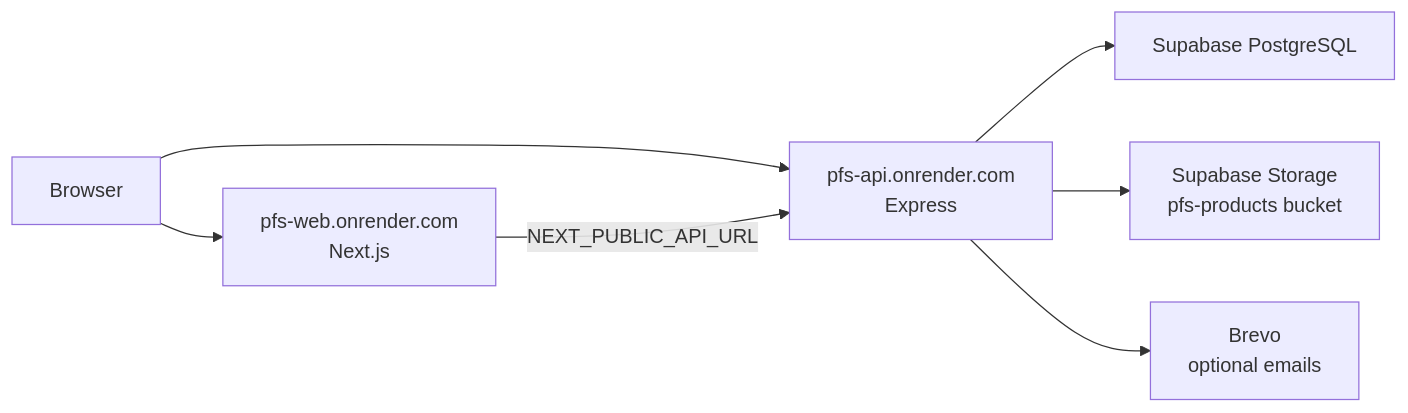
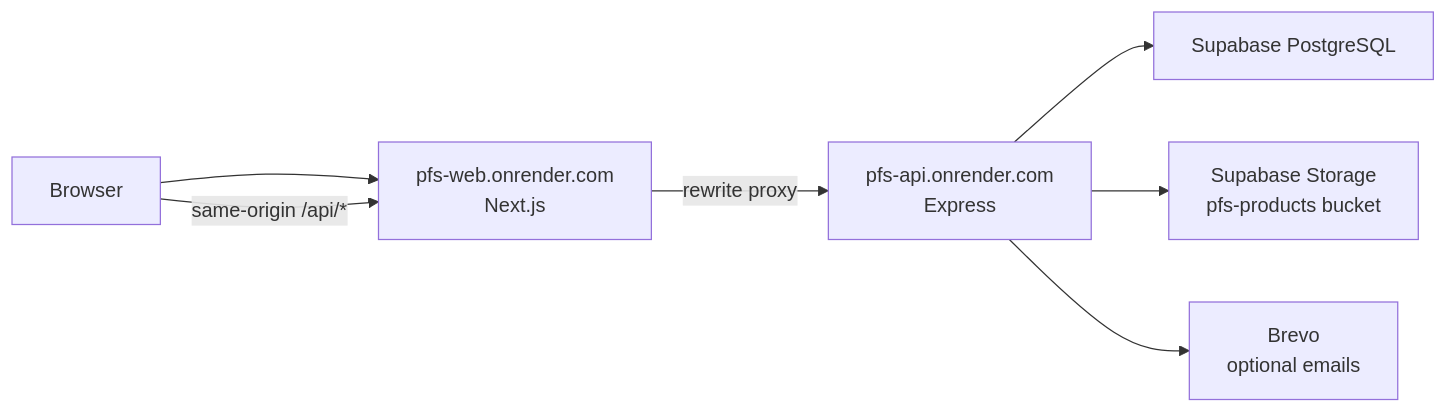
Before and after one commit to shanedesal/pfs-platform: the diagram in docs/deployment.md, drawn with Mermaid. The commit also changed other lines of this file and 5 other files, not shown here.

````diff
--- a/docs/deployment.md
+++ b/docs/deployment.md
@@ -7,9 +7,9 @@
 ```mermaid
 flowchart LR
   Browser --> Web["pfs-web.onrender.com\nNext.js"]
-  Browser --> API["pfs-api.onrender.com\nExpress"]
-  Web -->|"NEXT_PUBLIC_API_URL"| API
+  Browser -->|"same-origin /api/*"| Web
+  Web -->|"rewrite proxy"| API["pfs-api.onrender.com\nExpress"]
   API --> DB["Supabase PostgreSQL"]
   API --> Storage["Supabase Storage\npfs-products bucket"]
   API --> Brevo["Brevo\noptional emails"]
 ```
````
